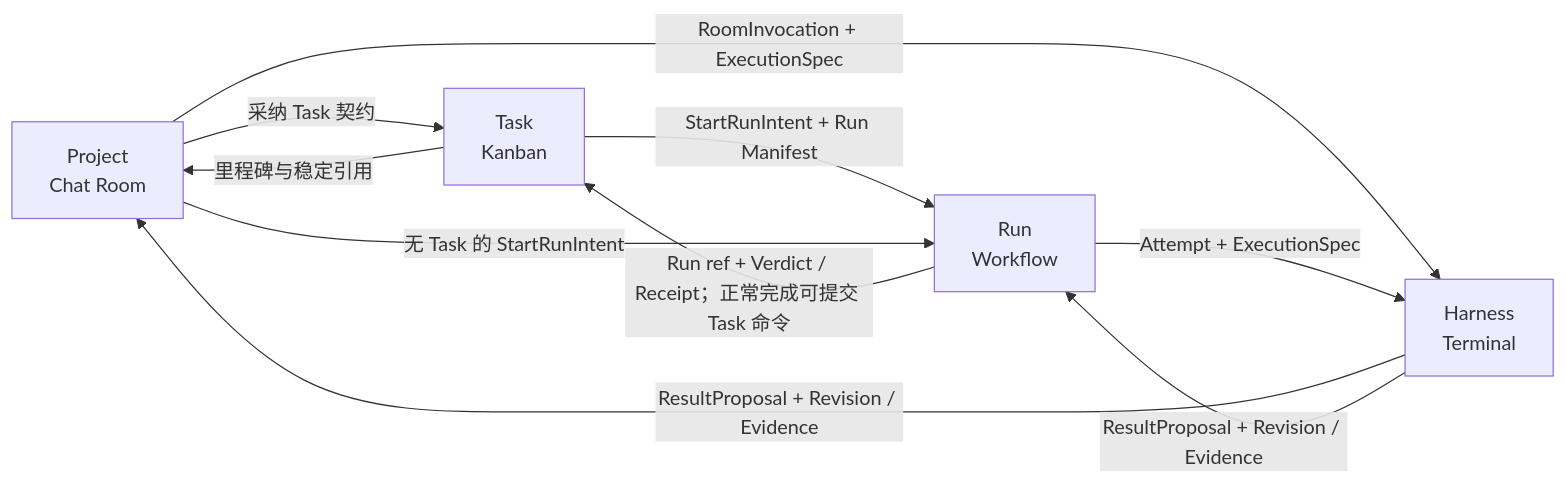
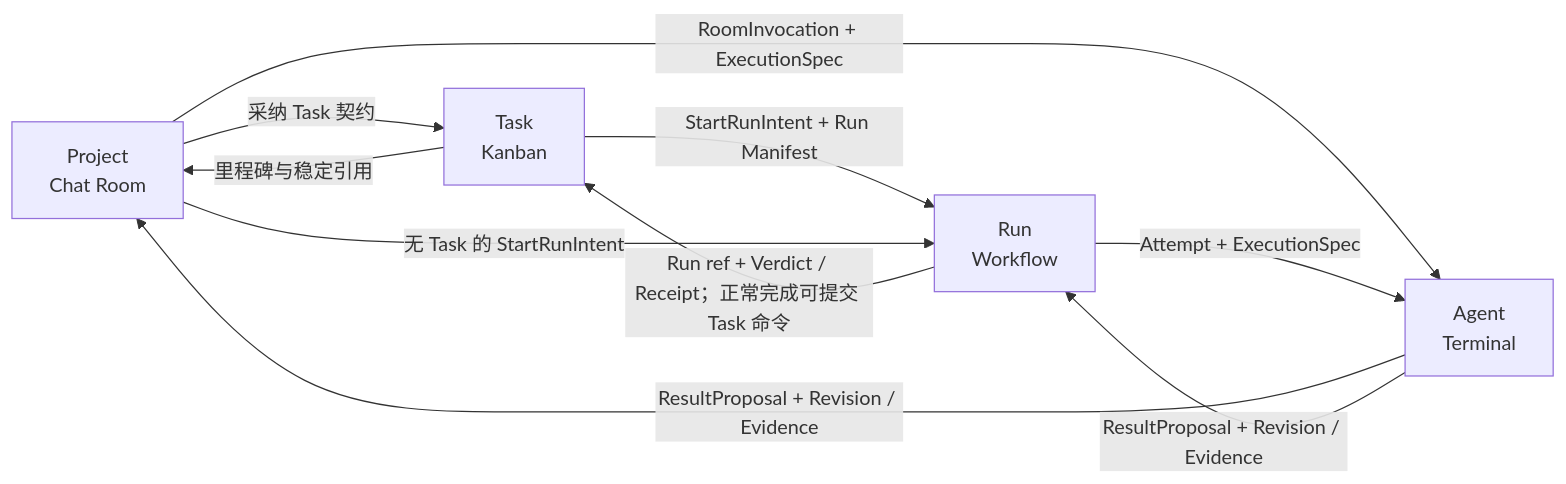
One commit to yesme/hctl2 changed the diagram in docs/design/spec/connections.md. Above: the diagram before and after it, drawn with Mermaid. The commit also changed other lines of this file and 15 other files, not shown here.

Commit message:
docs: rename fourth module to Agent; Harness becomes the system role

````diff
--- a/docs/design/spec/connections.md
+++ b/docs/design/spec/connections.md
@@ -20,12 +20,12 @@
 ```mermaid
 flowchart LR
     P["Project\nChat Room"] -->|采纳 Task 契约| T["Task\nKanban"]
     T -->|StartRunIntent + Run Manifest| R["Run\nWorkflow"]
     P -->|无 Task 的 StartRunIntent| R
-    P -->|RoomInvocation + ExecutionSpec| H["Harness\nTerminal"]
+    P -->|RoomInvocation + ExecutionSpec| H["Agent\nTerminal"]
     R -->|Attempt + ExecutionSpec| H
     H -->|ResultProposal + Revision / Evidence| P
     H -->|ResultProposal + Revision / Evidence| R
     R -->|Run ref + Verdict / Receipt；正常完成可提交 Task 命令| T
     T -->|里程碑与稳定引用| P
 ```
````
